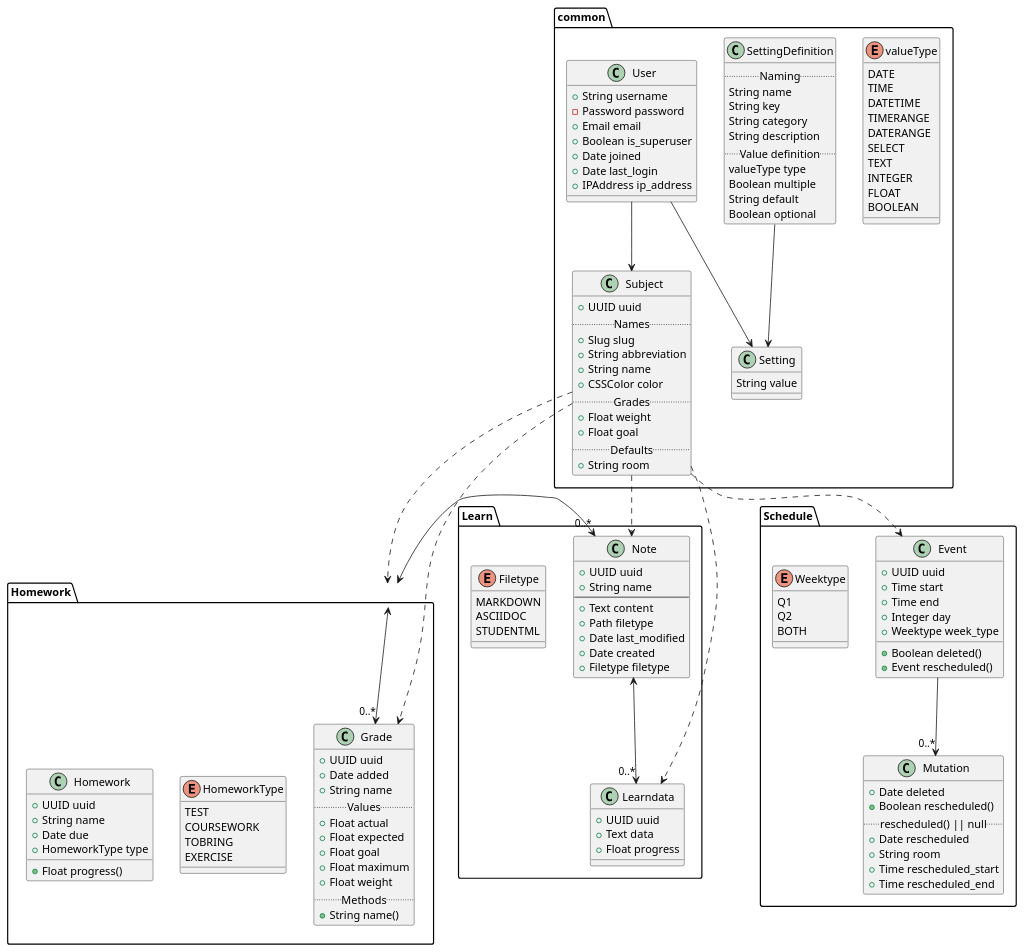
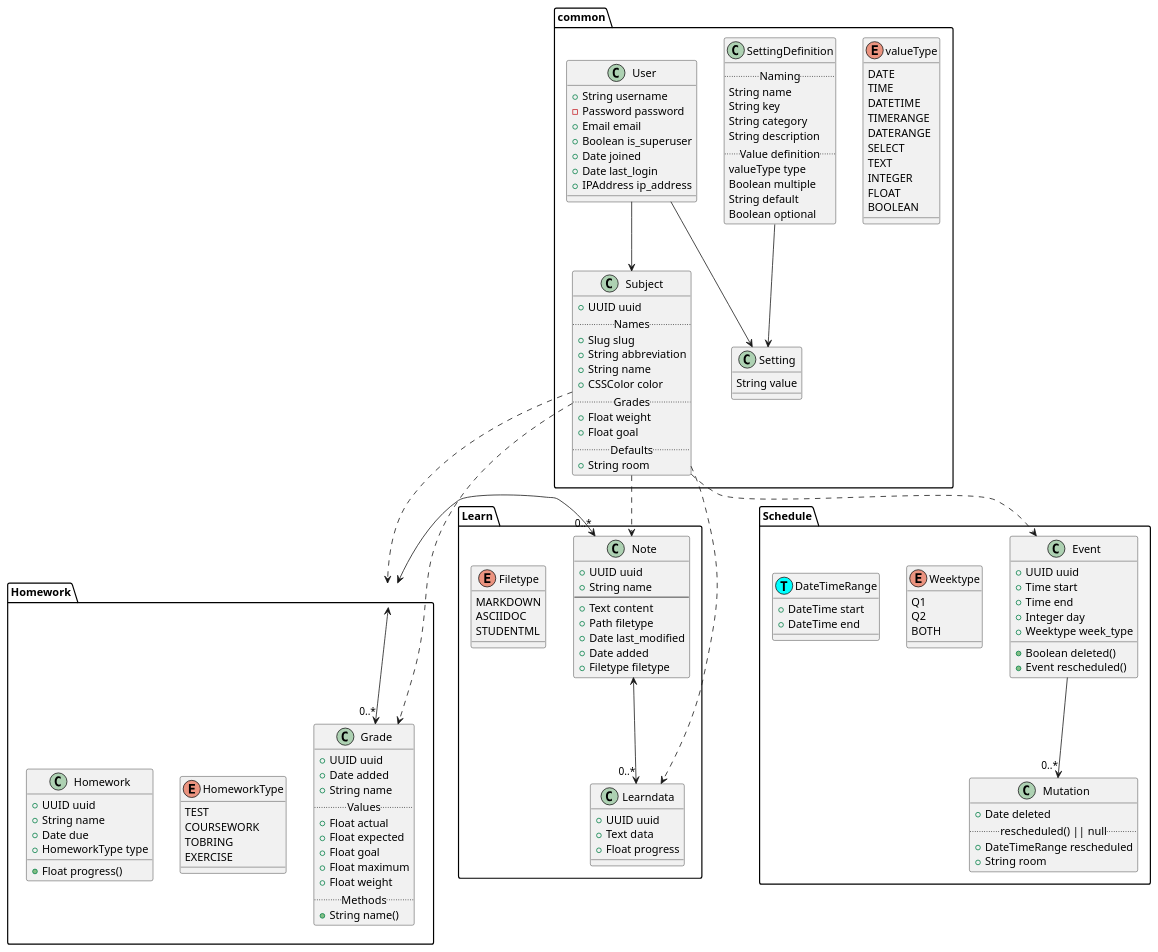
Before and after one commit to schoolsyst/api: the diagram in DATABASE_V2.puml, drawn with PlantUML. The commit also changed 5 other files, not shown here.

```diff
--- a/DATABASE_V2.puml
+++ b/DATABASE_V2.puml
@@ -1,158 +1,161 @@
 @startuml
 package common {
     class Subject {
         + UUID uuid
         ..Names..
         + Slug slug
         + String abbreviation
         + String name
         + CSSColor color
         ..Grades..
         + Float weight
         + Float goal
         ..Defaults..
         + String room
     }
 
     enum valueType {
         DATE
         TIME
         DATETIME
         TIMERANGE
         DATERANGE
         SELECT
         TEXT
         INTEGER
         FLOAT
         BOOLEAN
     }
 
     class SettingDefinition {
         ..Naming..
         String name
         String key
         String category
         String description
         ..Value definition..
         valueType type
         Boolean multiple
         String default
         Boolean optional
     }
 
     class Setting {
         String value
     }
 
     class User {
         + String username
         - Password password
         + Email email
         + Boolean is_superuser
         + Date joined
         + Date last_login
         + IPAddress ip_address
     }
 }
 package Learn {
     enum Filetype {
         MARKDOWN
         ASCIIDOC
         STUDENTML
     }
 
     class Note {
         + UUID uuid
         + String name
         ---
         + Text content
         + Path filetype
         + Date last_modified
-        + Date created
+        + Date added
         + Filetype filetype
     }
 
     class Learndata {
         + UUID uuid
         + Text data
         + Float progress
     }
 }
 
 package Schedule {
     
     enum Weektype {
         Q1
         Q2
         BOTH
     }
+
+    class DateTimeRange<< (T,cyan) >> {
+        + DateTime start
+        + DateTime end
+    }
+
     class Event {
         + UUID uuid
         + Time start
         + Time end
         + Integer day
         + Weektype week_type
         + Boolean deleted()
         + Event rescheduled()
     }
     
     class Mutation {
         + Date deleted
-        + Boolean rescheduled()
         ..rescheduled() || null..
-        + Date rescheduled
+        + DateTimeRange rescheduled
         + String room
-        + Time rescheduled_start
-        + Time rescheduled_end
     }
 }
 
 package Homework {
     class Grade {
         + UUID uuid
         + Date added
         + String name
         ..Values..
         + Float actual
         + Float expected
         + Float goal
         + Float maximum
         + Float weight
         ..Methods..
         + String name()
     }
 
     enum HomeworkType {
         TEST
         COURSEWORK
         TOBRING
         EXERCISE
     }
 
     class Homework {
         + UUID uuid
         + String name
         + Date due
         + Float progress()
         + HomeworkType type
     }
 }
 
 User --> Subject
 User --> Setting
 SettingDefinition --> Setting
 
 Subject ..> Note
 Subject ..> Homework
 Subject ..> Event
 Subject ..> Learndata
 Subject ..> Grade
 
 Note <--> "0..*" Learndata
 Homework <--> "0..*" Grade
 Homework <--> "0..*" Note
 Event --> "0..*" Mutation
 
 Event -[hidden]> Note
 Note -[hidden]> Homework
 @enduml
```
